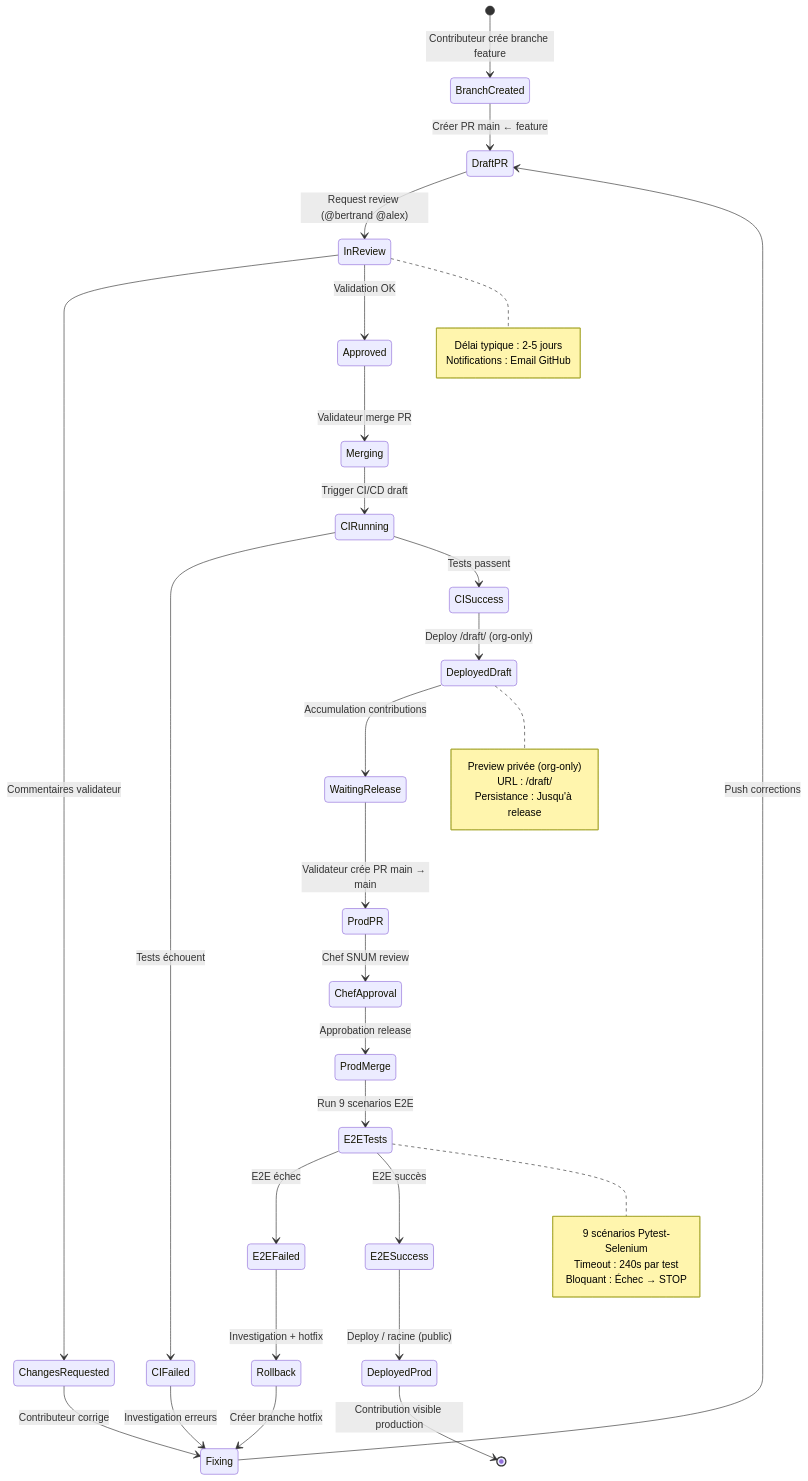
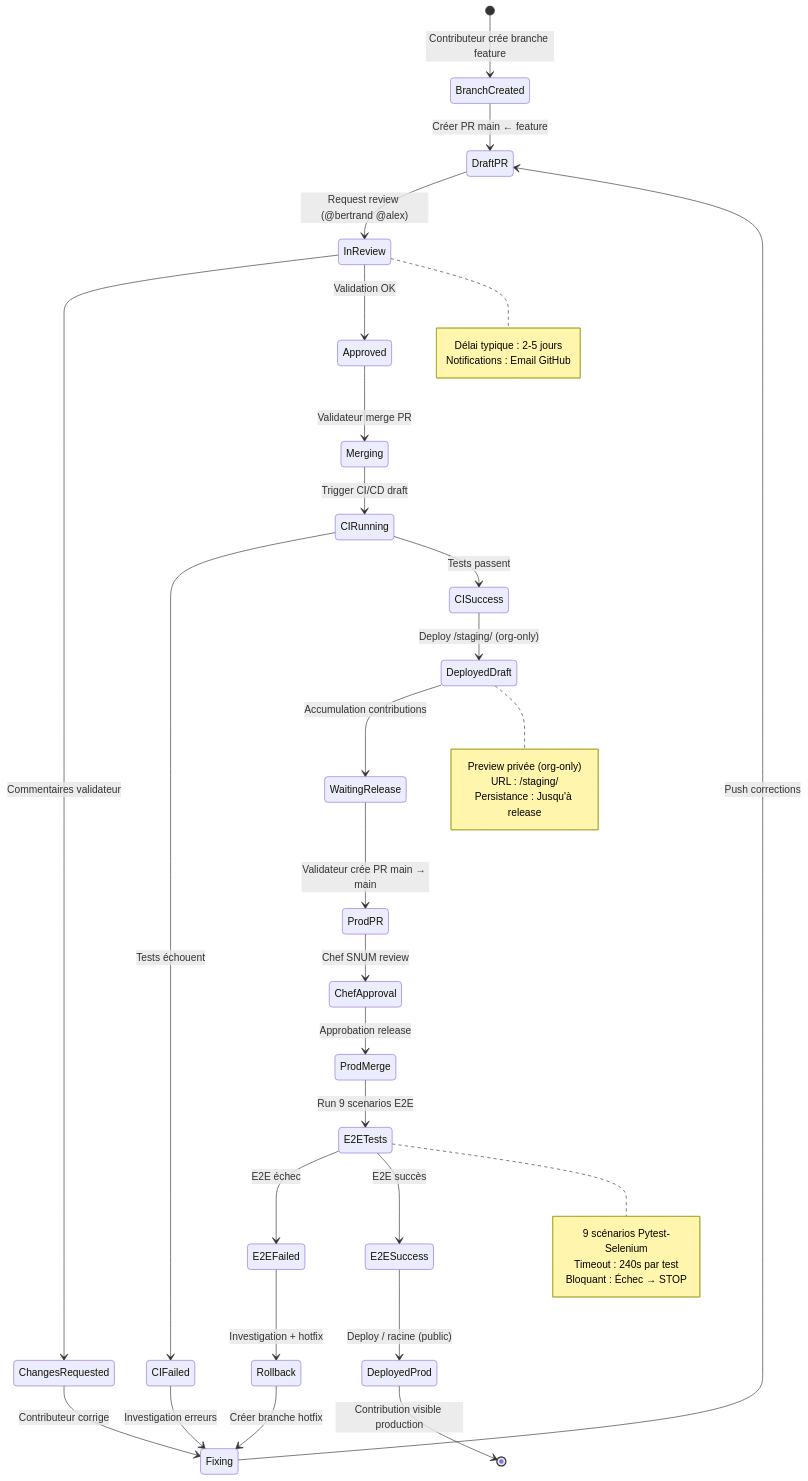
Before and after one commit to Alexmacapple/span-sg: the fifth of 10 diagrams in docs/architecture/uml-diagrams.md, drawn with Mermaid. The commit also changed other lines of this file and 12 other files, not shown here.

First line of the commit message:
docs: renommer toutes références /draft/ vers /staging/

````diff
--- a/docs/architecture/uml-diagrams.md
+++ b/docs/architecture/uml-diagrams.md
@@ -223,54 +223,54 @@
 ```mermaid
 stateDiagram-v2
     [*] --> BranchCreated: Contributeur crée branche feature
     BranchCreated --> DraftPR: Créer PR main ← feature
     DraftPR --> InReview: Request review (@bertrand @alex)
 
     InReview --> ChangesRequested: Commentaires validateur
     InReview --> Approved: Validation OK
 
     ChangesRequested --> Fixing: Contributeur corrige
     Fixing --> DraftPR: Push corrections
 
     Approved --> Merging: Validateur merge PR
     Merging --> CIRunning: Trigger CI/CD draft
 
     CIRunning --> CIFailed: Tests échouent
     CIRunning --> CISuccess: Tests passent
 
     CIFailed --> Fixing: Investigation erreurs
-    CISuccess --> DeployedDraft: Deploy /draft/ (org-only)
+    CISuccess --> DeployedDraft: Deploy /staging/ (org-only)
 
     DeployedDraft --> WaitingRelease: Accumulation contributions
     WaitingRelease --> ProdPR: Validateur crée PR main → main
 
     ProdPR --> ChefApproval: Chef SNUM review
     ChefApproval --> ProdMerge: Approbation release
     ProdMerge --> E2ETests: Run 9 scenarios E2E
 
     E2ETests --> E2EFailed: E2E échec
     E2ETests --> E2ESuccess: E2E succès
 
     E2EFailed --> Rollback: Investigation + hotfix
     E2ESuccess --> DeployedProd: Deploy / racine (public)
 
     DeployedProd --> [*]: Contribution visible production
     Rollback --> Fixing: Créer branche hotfix
 
     note right of InReview
         Délai typique : 2-5 jours
         Notifications : Email GitHub
     end note
 
     note right of DeployedDraft
         Preview privée (org-only)
-        URL : /draft/
+        URL : /staging/
         Persistance : Jusqu'à release
     end note
 
     note right of E2ETests
         9 scénarios Pytest-Selenium
         Timeout : 240s par test
         Bloquant : Échec → STOP
     end note
 ```
````
